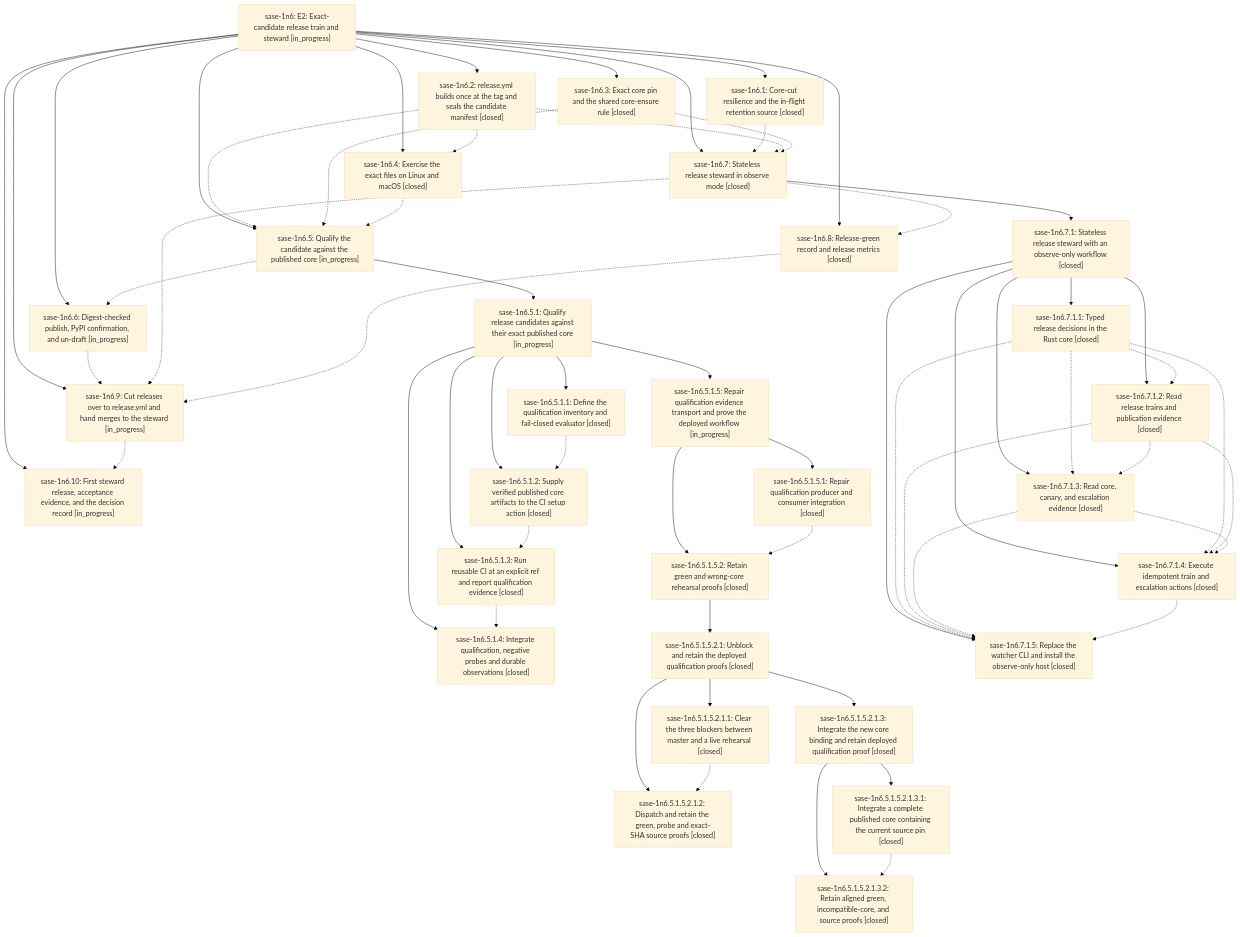
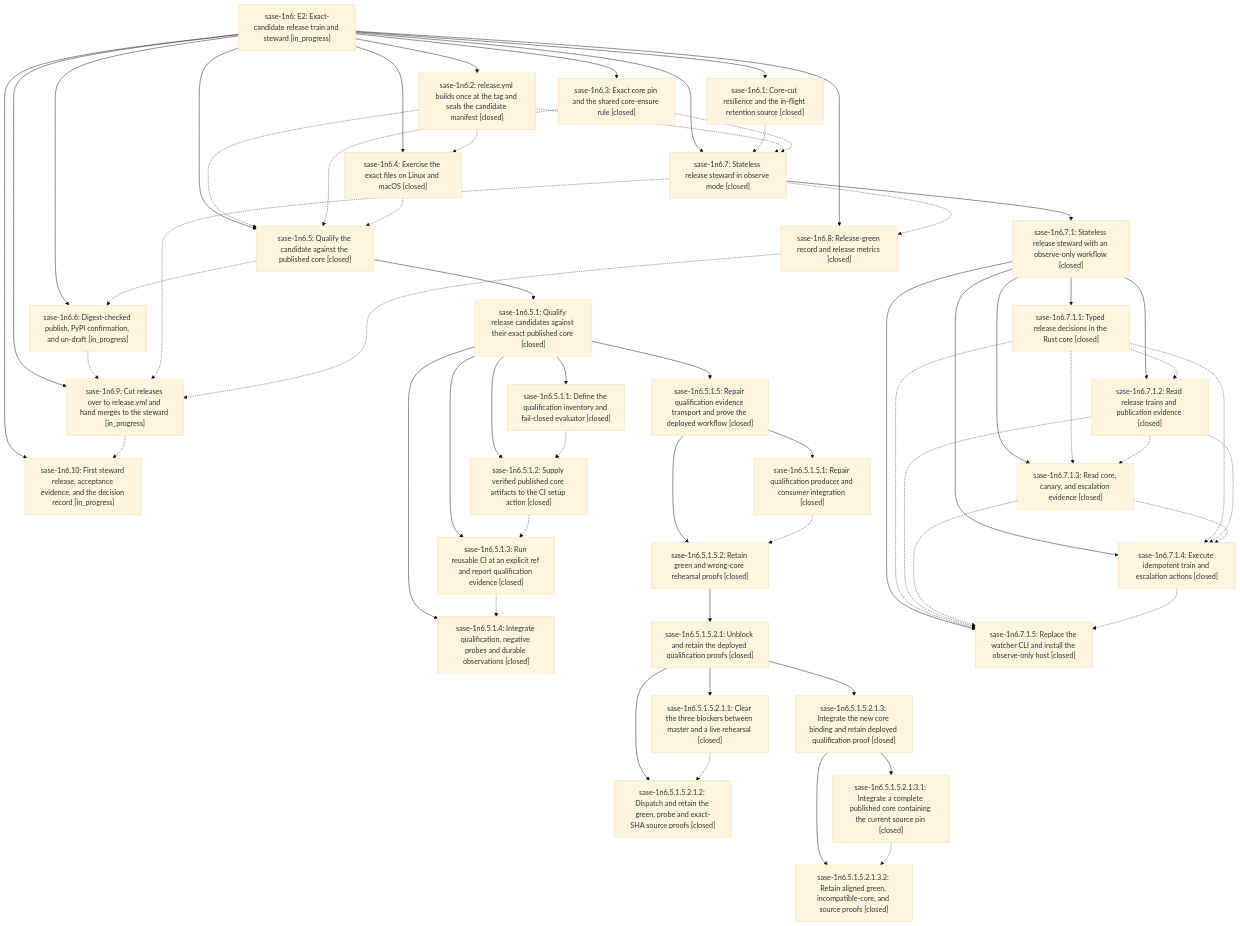
One commit to sase-org/sase--beads changed the diagram in pages/sase-1n6/README.md. Above: the diagram before and after it, drawn with Mermaid (base theme). The commit also changed other lines of this file and 14 other files, not shown here.

```diff
--- a/pages/sase-1n6/README.md
+++ b/pages/sase-1n6/README.md
@@ -76,13 +76,13 @@
     n3["sase-1n6.2: release.yml builds once at the tag and seals the candidate manifest [closed]"]
     n4["sase-1n6.3: Exact core pin and the shared core-ensure rule [closed]"]
     n5["sase-1n6.4: Exercise the exact files on Linux and macOS [closed]"]
-    n6["sase-1n6.5: Qualify the candidate against the published core [in_progress]"]
-    n7["sase-1n6.5.1: Qualify release candidates against their exact published core [in_progress]"]
+    n6["sase-1n6.5: Qualify the candidate against the published core [closed]"]
+    n7["sase-1n6.5.1: Qualify release candidates against their exact published core [closed]"]
     n8["sase-1n6.5.1.1: Define the qualification inventory and fail-closed evaluator [closed]"]
     n9["sase-1n6.5.1.2: Supply verified published core artifacts to the CI setup action [closed]"]
     n10["sase-1n6.5.1.3: Run reusable CI at an explicit ref and report qualification evidence [closed]"]
     n11["sase-1n6.5.1.4: Integrate qualification, negative probes and durable observations [closed]"]
-    n12["sase-1n6.5.1.5: Repair qualification evidence transport and prove the deployed workflow [in_progress]"]
+    n12["sase-1n6.5.1.5: Repair qualification evidence transport and prove the deployed workflow [closed]"]
     n13["sase-1n6.5.1.5.1: Repair qualification producer and consumer integration [closed]"]
     n14["sase-1n6.5.1.5.2: Retain green and wrong-core rehearsal proofs [closed]"]
     n15["sase-1n6.5.1.5.2.1: Unblock and retain the deployed qualification proofs [closed]"]
```
